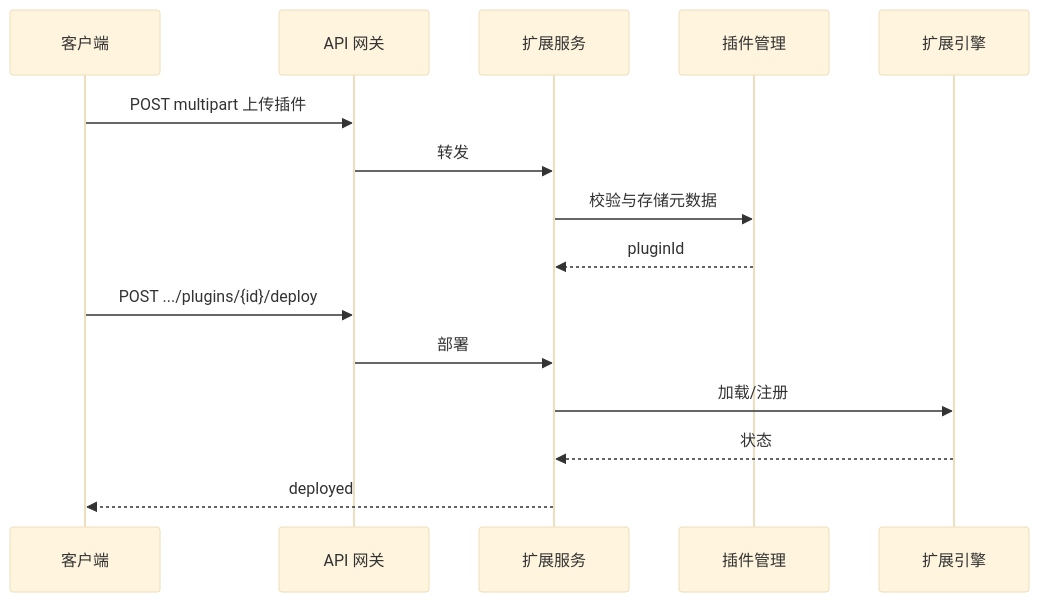
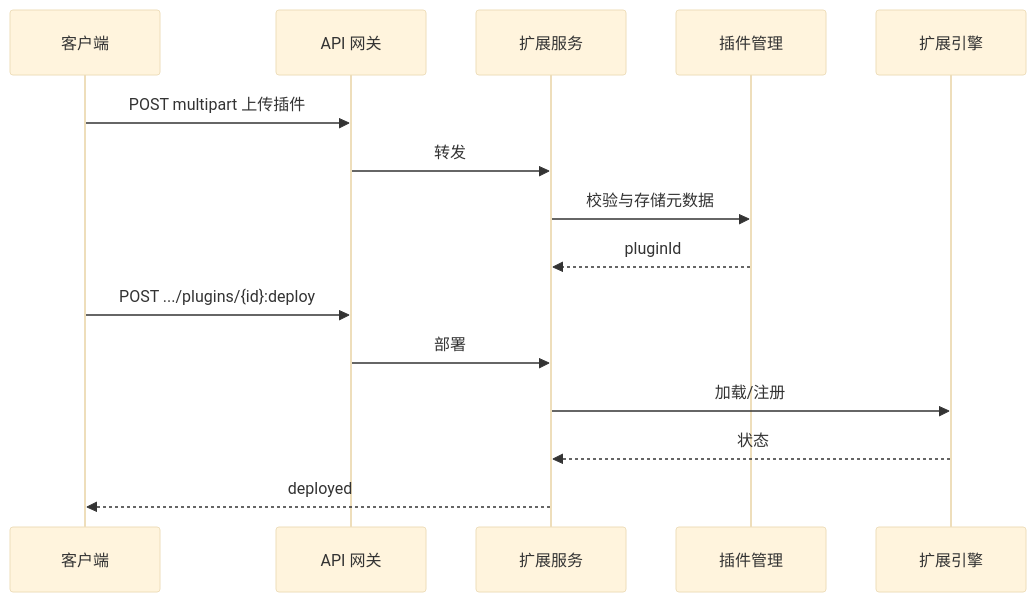
One commit to trenhui/bone changed the eighth of 9 diagrams in doc/architecture/BONE-总体架构设计方案.md. Above: the diagram before and after it, drawn with Mermaid (base theme). The commit also changed other lines of this file and 54 other files, not shown here.

````diff
--- a/doc/architecture/BONE-总体架构设计方案.md
+++ b/doc/architecture/BONE-总体架构设计方案.md
@@ -1045,19 +1049,19 @@
 ```mermaid
 sequenceDiagram
     participant C as 客户端
     participant GW as API 网关
     participant ES as 扩展服务
     participant PM as 插件管理
     participant EE as 扩展引擎
 
     C->>GW: POST multipart 上传插件
     GW->>ES: 转发
     ES->>PM: 校验与存储元数据
     PM-->>ES: pluginId
 
-    C->>GW: POST .../plugins/{id}/deploy
+    C->>GW: POST .../plugins/{id}:deploy
     GW->>ES: 部署
     ES->>EE: 加载/注册
     EE-->>ES: 状态
     ES-->>C: deployed
 ```
````
